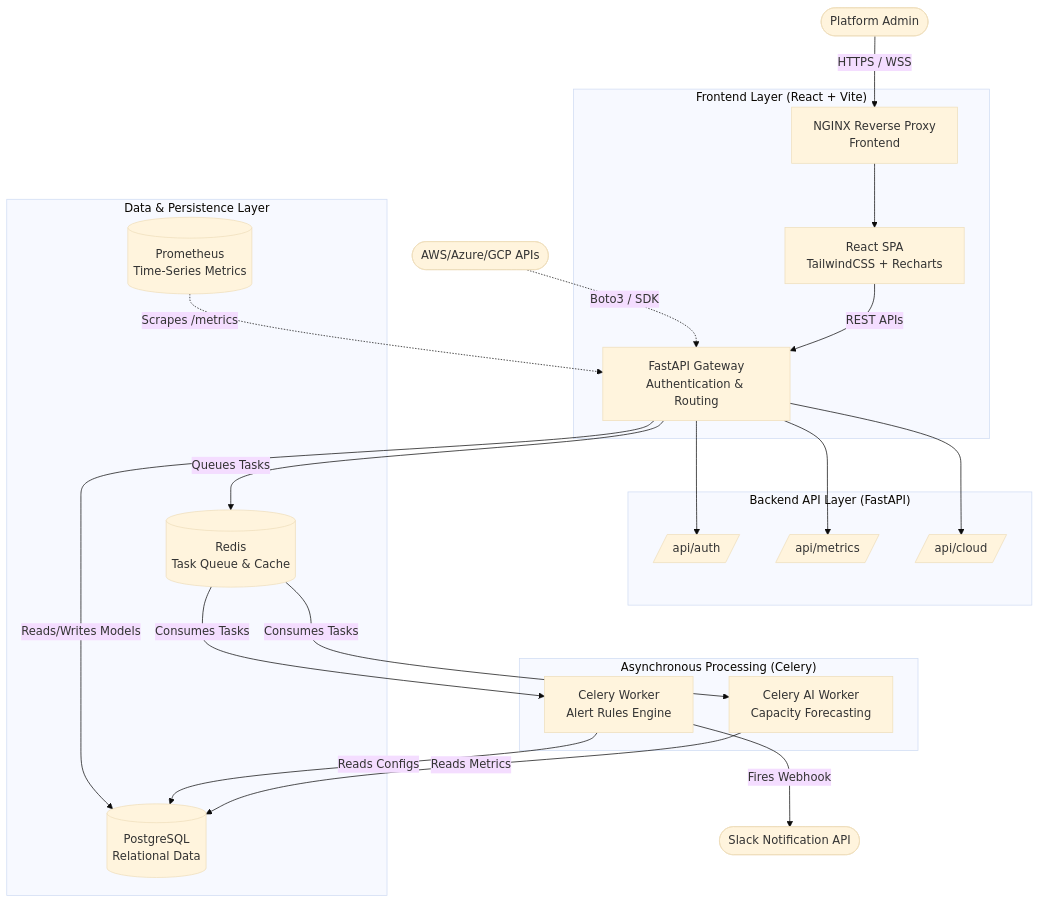
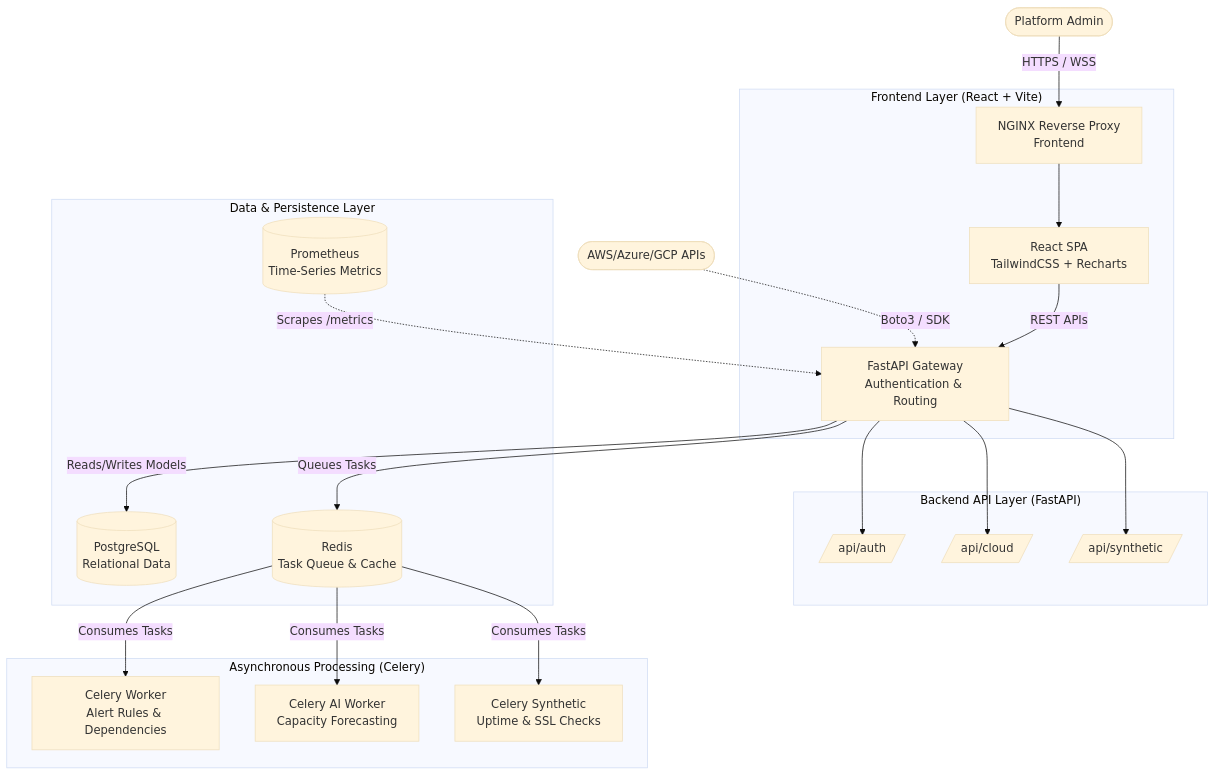
One commit to Anand-Bora-0001/cloud-monitoring-dashboard changed the diagram in README.md. Above: the diagram before and after it, drawn with Mermaid (base theme). The commit also changed other lines of this file and 11 other files, not shown here.

````diff
--- a/README.md
+++ b/README.md
@@ -13,47 +11,44 @@
 ```mermaid
 graph TD
     %% Users and Entry Points
     User([Platform Admin]) -->|HTTPS / WSS| Nginx[NGINX Reverse Proxy\nFrontend]
     ExternalServices([AWS/Azure/GCP APIs]) -.->|Boto3 / SDK| FastAPI
     
     %% Frontend Layer
     subgraph "Frontend Layer (React + Vite)"
         Nginx --> React[React SPA\nTailwindCSS + Recharts]
         React -->|REST APIs| FastAPI
     end
 
     %% Backend API Layer
     subgraph "Backend API Layer (FastAPI)"
         FastAPI[FastAPI Gateway\nAuthentication & Routing]
         FastAPI --> AuthRouter[/api/auth/]
-        FastAPI --> MetricsRouter[/api/metrics/]
         FastAPI --> CloudRouter[/api/cloud/]
+        FastAPI --> SyntheticRouter[/api/synthetic/]
     end
 
     %% Asynchronous Worker Layer
     subgraph "Asynchronous Processing (Celery)"
-        CeleryWorker[Celery Worker\nAlert Rules Engine]
+        CeleryWorker[Celery Worker\nAlert Rules & Dependencies]
         CeleryAIWorker[Celery AI Worker\nCapacity Forecasting]
+        CelerySynthetic[Celery Synthetic\nUptime & SSL Checks]
     end
 
     %% Data & State Persistence Layer
     subgraph "Data & Persistence Layer"
         Postgres[(PostgreSQL\nRelational Data)]
         Redis[(Redis\nTask Queue & Cache)]
         Prometheus[(Prometheus\nTime-Series Metrics)]
     end
 
     %% Communication Flows
     FastAPI -->|Reads/Writes Models| Postgres
     FastAPI -->|Queues Tasks| Redis
     Redis -->|Consumes Tasks| CeleryWorker
     Redis -->|Consumes Tasks| CeleryAIWorker
-    CeleryWorker -->|Reads Configs| Postgres
-    CeleryAIWorker -->|Reads Metrics| Postgres
+    Redis -->|Consumes Tasks| CelerySynthetic
     
     %% Exporters and Monitoring
     Prometheus -.->|Scrapes /metrics| FastAPI
-    
-    %% External Notifications
-    CeleryWorker -->|Fires Webhook| Slack([Slack Notification API])
 ```
````
